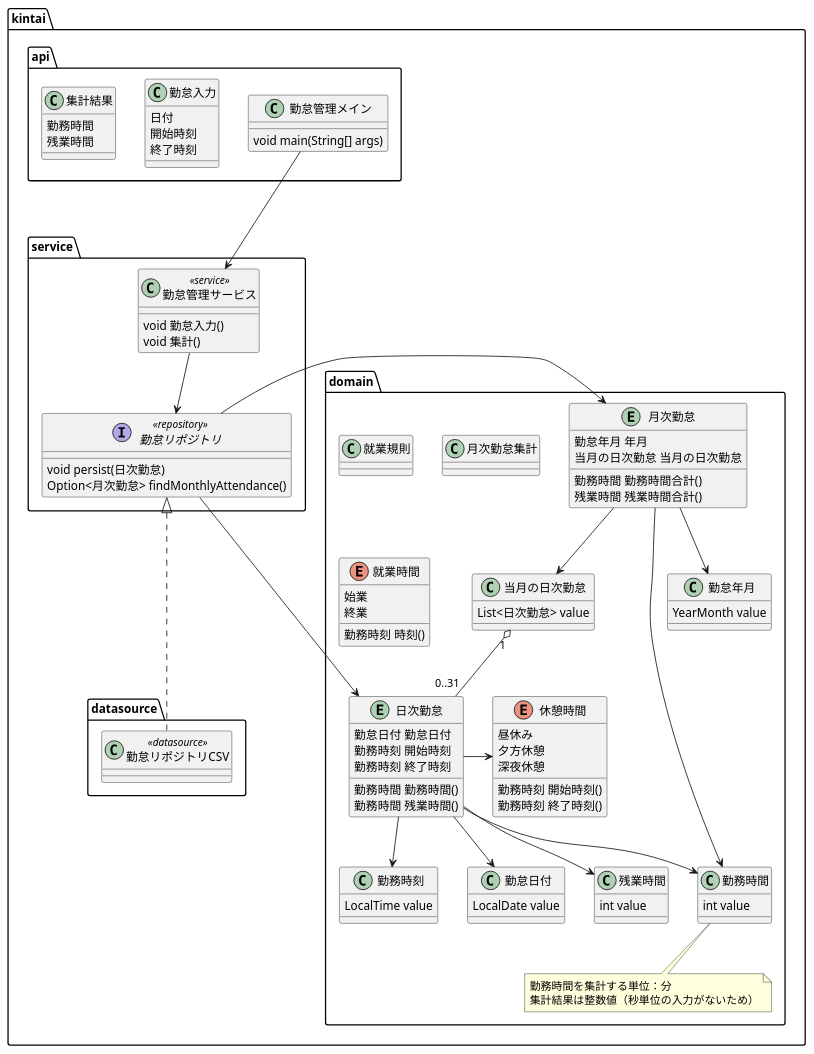
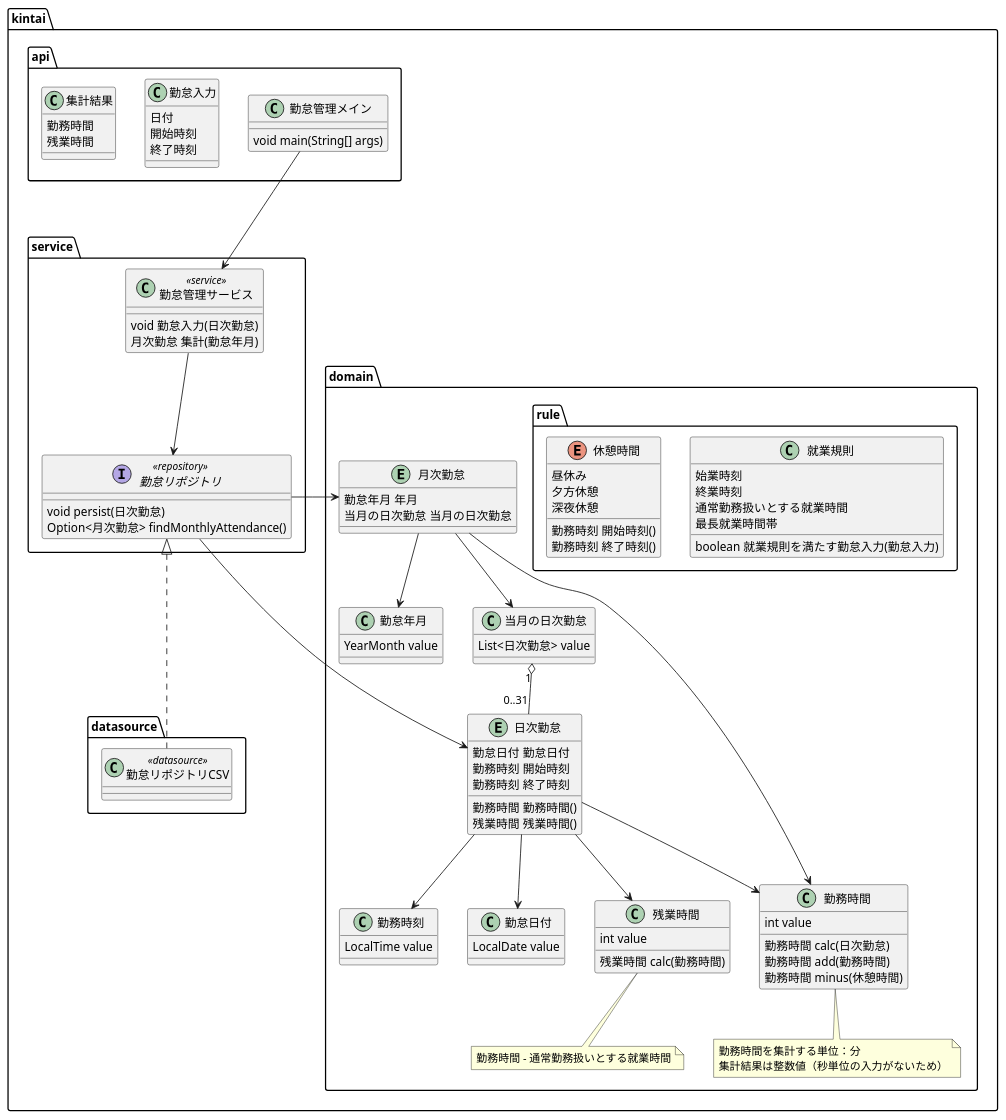
The diagram in etc/design/src/model.puml (biglobe-isp/kintai), drawn with PlantUML before and after one commit.

Commit message:
docs 日次勤怠に集中していた役割を分散

```diff
--- a/etc/design/src/model.puml
+++ b/etc/design/src/model.puml
@@ -1,125 +1,134 @@
 @startuml 勤怠管理
 
 package kintai {
 
     package datasource {
         class 勤怠リポジトリCSV << datasource >>
     }
 
     package domain {
 
-        class 就業規則
-        class 月次勤怠集計
+        package rule {
+
+            class 就業規則 {
+                始業時刻
+                終業時刻
+                通常勤務扱いとする就業時間
+                最長就業時間帯
+    
+                boolean 就業規則を満たす勤怠入力(勤怠入力)
+                
+            }
+    
+            enum 休憩時間 {
+                昼休み
+                夕方休憩
+                深夜休憩
+    
+                勤務時刻 開始時刻()
+                勤務時刻 終了時刻()
+            }
+        }
 
         entity 月次勤怠 {
             勤怠年月 年月
             当月の日次勤怠 当月の日次勤怠
-            勤務時間 勤務時間合計()
-            残業時間 残業時間合計()
         }
 
         class 勤怠年月 {
             YearMonth value        
         }
         class 当月の日次勤怠 {
             List<日次勤怠> value
         }
 
         entity 日次勤怠 {
             勤怠日付 勤怠日付
             勤務時刻 開始時刻
             勤務時刻 終了時刻
             勤務時間 勤務時間()
-            勤務時間 残業時間()
+            残業時間 残業時間()
         }
 
         class 勤怠日付 {
             LocalDate value        
         }
+
         class 勤務時刻 {
             LocalTime value        
         }
 
         class 勤務時間 {
             int value
+
+            勤務時間 calc(日次勤怠) 
+            勤務時間 add(勤務時間)
+            勤務時間 minus(休憩時間)            
         }
-
-        class 残業時間 {
-            int value
-        }
-
         note bottom of  勤務時間
             勤務時間を集計する単位：分
             集計結果は整数値（秒単位の入力がないため）
         end note 
 
-        enum 就業時間 {
-            始業
-            終業
-            勤務時刻 時刻()
+        class 残業時間 {
+            int value
+            残業時間 calc(勤務時間) 
         }
-
-        enum 休憩時間 {
-            昼休み
-            夕方休憩
-            深夜休憩
-
-            勤務時刻 開始時刻()
-            勤務時刻 終了時刻()
-        }
+        note bottom of  残業時間
+            勤務時間 - 通常勤務扱いとする就業時間
+        end note 
 
         月次勤怠  -->  当月の日次勤怠
         当月の日次勤怠  "1" o-- "0..31" 日次勤怠
 
         月次勤怠-->勤怠年月
         月次勤怠-->勤務時間
 
         日次勤怠-->勤怠日付
         日次勤怠-->勤務時刻
         日次勤怠-->勤務時間
-        日次勤怠-->残業時間
-        日次勤怠-right->休憩時間
+        日次勤怠-->残業時間        
     }
 
     package service {
 
         class 勤怠管理サービス << service >> {
-            void 勤怠入力()
-            void 集計()
+            void 勤怠入力(日次勤怠)
+            月次勤怠 集計(勤怠年月)
         }
 
         interface 勤怠リポジトリ << repository >> {
             void persist(日次勤怠)
             Option<月次勤怠> findMonthlyAttendance()
         }
 
         勤怠管理サービス-->勤怠リポジトリ
         勤怠リポジトリ->月次勤怠
         勤怠リポジトリ->日次勤怠
 
-        勤怠リポジトリ<|...勤怠リポジトリCSV
+        勤怠リポジトリ<|... 勤怠リポジトリCSV
     }
 
     package api {
 
         class 勤怠管理メイン {
             void main(String[] args)
         }
 
         class 勤怠入力 {
             日付
             開始時刻
             終了時刻
         }
 
         class 集計結果 {
             勤務時間
             残業時間
         }
 
         勤怠管理メイン--->勤怠管理サービス
 
     }
 }
 
 @enduml
```
